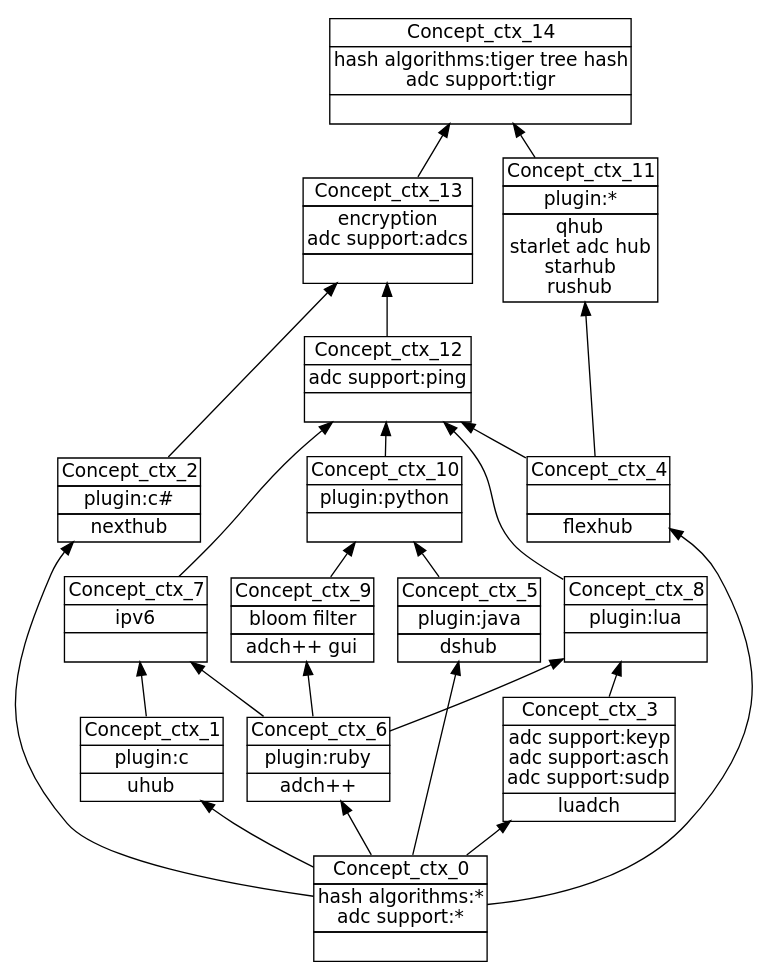
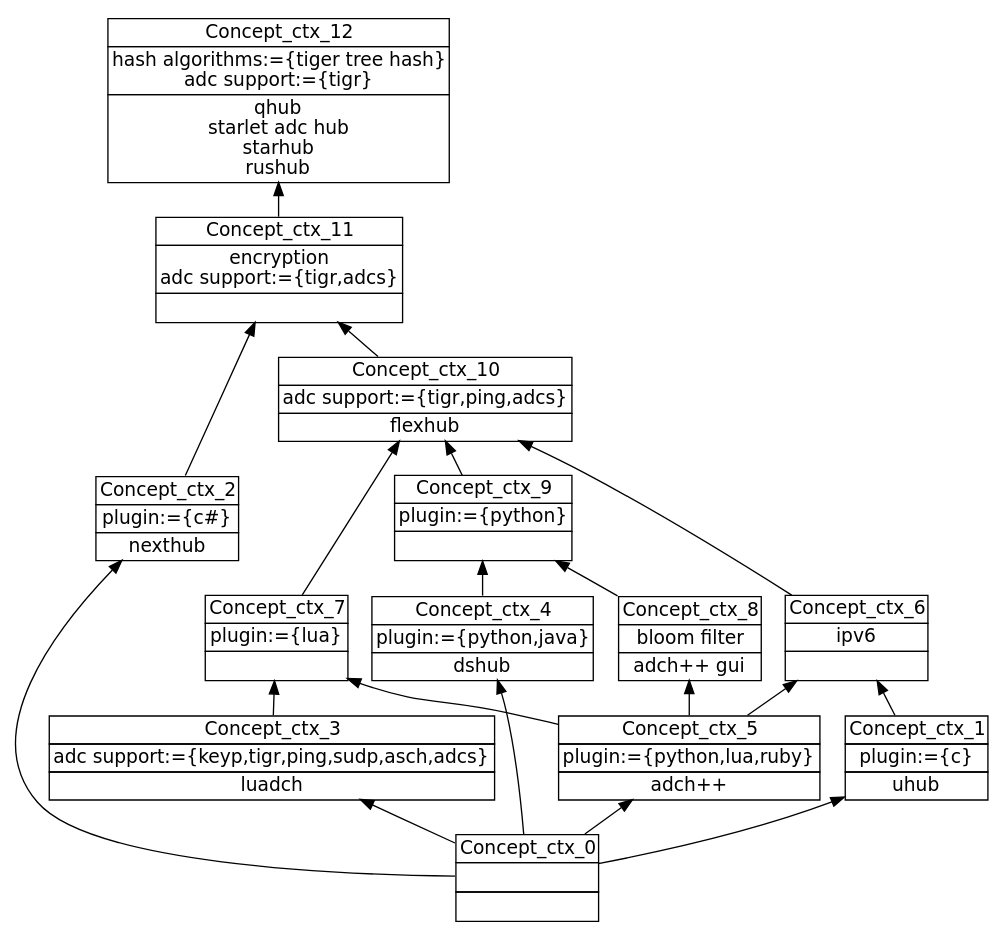
Before and after one commit to jcarbonnel/CLEF: the diagram in CLEF/data/Comparison_of_ADC_software_3/FCA/step0-0.dot, drawn with Graphviz. The commit also changed 803 other files, not shown here.

```diff
--- a/CLEF/data/Comparison_of_ADC_software_3/FCA/step0-0.dot
+++ b/CLEF/data/Comparison_of_ADC_software_3/FCA/step0-0.dot
@@ -1,45 +1,39 @@
 digraph G { 
 	rankdir=BT;
 	margin=0;
 	node [margin="0.03,0.03",fontname="DejaVu Sans"];
 	ranksep=0.3;
 	nodesep=0.2;
-//graph[label="name:ctx,concept number:15,object number:11,attribute number:19"
-0 [shape=none,label=<<table border="0" cellborder="1" cellspacing="0" port="p"><tr><td>Concept_ctx_14</td></tr><tr><td>hash algorithms:tiger tree hash<br/>adc support:tigr<br/></td></tr><tr><td><br/></td></tr></table>>];
-1 [shape=none,label=<<table border="0" cellborder="1" cellspacing="0" port="p"><tr><td>Concept_ctx_13</td></tr><tr><td>encryption<br/>adc support:adcs<br/></td></tr><tr><td><br/></td></tr></table>>];
-2 [shape=none,label=<<table border="0" cellborder="1" cellspacing="0" port="p"><tr><td>Concept_ctx_7</td></tr><tr><td>ipv6<br/></td></tr><tr><td><br/></td></tr></table>>];
-3 [shape=none,label=<<table border="0" cellborder="1" cellspacing="0" port="p"><tr><td>Concept_ctx_6</td></tr><tr><td>plugin:ruby<br/></td></tr><tr><td>adch++<br/></td></tr></table>>];
-4 [shape=none,label=<<table border="0" cellborder="1" cellspacing="0" port="p"><tr><td>Concept_ctx_9</td></tr><tr><td>bloom filter<br/></td></tr><tr><td>adch++ gui<br/></td></tr></table>>];
-5 [shape=none,label=<<table border="0" cellborder="1" cellspacing="0" port="p"><tr><td>Concept_ctx_8</td></tr><tr><td>plugin:lua<br/></td></tr><tr><td><br/></td></tr></table>>];
-6 [shape=none,label=<<table border="0" cellborder="1" cellspacing="0" port="p"><tr><td>Concept_ctx_10</td></tr><tr><td>plugin:python<br/></td></tr><tr><td><br/></td></tr></table>>];
-7 [shape=none,label=<<table border="0" cellborder="1" cellspacing="0" port="p"><tr><td>Concept_ctx_0</td></tr><tr><td>hash algorithms:*<br/>adc support:*<br/></td></tr><tr><td><br/></td></tr></table>>];
-8 [shape=none,label=<<table border="0" cellborder="1" cellspacing="0" port="p"><tr><td>Concept_ctx_5</td></tr><tr><td>plugin:java<br/></td></tr><tr><td>dshub<br/></td></tr></table>>];
-9 [shape=none,label=<<table border="0" cellborder="1" cellspacing="0" port="p"><tr><td>Concept_ctx_4</td></tr><tr><td><br/></td></tr><tr><td>flexhub<br/></td></tr></table>>];
-10 [shape=none,label=<<table border="0" cellborder="1" cellspacing="0" port="p"><tr><td>Concept_ctx_11</td></tr><tr><td>plugin:*<br/></td></tr><tr><td>qhub<br/>starlet adc hub<br/>starhub<br/>rushub<br/></td></tr></table>>];
-11 [shape=none,label=<<table border="0" cellborder="1" cellspacing="0" port="p"><tr><td>Concept_ctx_2</td></tr><tr><td>plugin:c#<br/></td></tr><tr><td>nexthub<br/></td></tr></table>>];
-12 [shape=none,label=<<table border="0" cellborder="1" cellspacing="0" port="p"><tr><td>Concept_ctx_1</td></tr><tr><td>plugin:c<br/></td></tr><tr><td>uhub<br/></td></tr></table>>];
-13 [shape=none,label=<<table border="0" cellborder="1" cellspacing="0" port="p"><tr><td>Concept_ctx_12</td></tr><tr><td>adc support:ping<br/></td></tr><tr><td><br/></td></tr></table>>];
-14 [shape=none,label=<<table border="0" cellborder="1" cellspacing="0" port="p"><tr><td>Concept_ctx_3</td></tr><tr><td>adc support:keyp<br/>adc support:asch<br/>adc support:sudp<br/></td></tr><tr><td>luadch<br/></td></tr></table>>];
+//graph[label="name:ctx,concept number:13,object number:11,attribute number:14"
+0 [shape=none,label=<<table border="0" cellborder="1" cellspacing="0" port="p"><tr><td>Concept_ctx_12</td></tr><tr><td>hash algorithms:={tiger tree hash}<br/>adc support:={tigr}<br/></td></tr><tr><td>qhub<br/>starlet adc hub<br/>starhub<br/>rushub<br/></td></tr></table>>];
+1 [shape=none,label=<<table border="0" cellborder="1" cellspacing="0" port="p"><tr><td>Concept_ctx_11</td></tr><tr><td>encryption<br/>adc support:={tigr,adcs}<br/></td></tr><tr><td><br/></td></tr></table>>];
+2 [shape=none,label=<<table border="0" cellborder="1" cellspacing="0" port="p"><tr><td>Concept_ctx_6</td></tr><tr><td>ipv6<br/></td></tr><tr><td><br/></td></tr></table>>];
+3 [shape=none,label=<<table border="0" cellborder="1" cellspacing="0" port="p"><tr><td>Concept_ctx_0</td></tr><tr><td><br/></td></tr><tr><td><br/></td></tr></table>>];
+4 [shape=none,label=<<table border="0" cellborder="1" cellspacing="0" port="p"><tr><td>Concept_ctx_2</td></tr><tr><td>plugin:={c#}<br/></td></tr><tr><td>nexthub<br/></td></tr></table>>];
+5 [shape=none,label=<<table border="0" cellborder="1" cellspacing="0" port="p"><tr><td>Concept_ctx_5</td></tr><tr><td>plugin:={python,lua,ruby}<br/></td></tr><tr><td>adch++<br/></td></tr></table>>];
+6 [shape=none,label=<<table border="0" cellborder="1" cellspacing="0" port="p"><tr><td>Concept_ctx_9</td></tr><tr><td>plugin:={python}<br/></td></tr><tr><td><br/></td></tr></table>>];
+7 [shape=none,label=<<table border="0" cellborder="1" cellspacing="0" port="p"><tr><td>Concept_ctx_1</td></tr><tr><td>plugin:={c}<br/></td></tr><tr><td>uhub<br/></td></tr></table>>];
+8 [shape=none,label=<<table border="0" cellborder="1" cellspacing="0" port="p"><tr><td>Concept_ctx_7</td></tr><tr><td>plugin:={lua}<br/></td></tr><tr><td><br/></td></tr></table>>];
+9 [shape=none,label=<<table border="0" cellborder="1" cellspacing="0" port="p"><tr><td>Concept_ctx_4</td></tr><tr><td>plugin:={python,java}<br/></td></tr><tr><td>dshub<br/></td></tr></table>>];
+10 [shape=none,label=<<table border="0" cellborder="1" cellspacing="0" port="p"><tr><td>Concept_ctx_8</td></tr><tr><td>bloom filter<br/></td></tr><tr><td>adch++ gui<br/></td></tr></table>>];
+11 [shape=none,label=<<table border="0" cellborder="1" cellspacing="0" port="p"><tr><td>Concept_ctx_10</td></tr><tr><td>adc support:={tigr,ping,adcs}<br/></td></tr><tr><td>flexhub<br/></td></tr></table>>];
+12 [shape=none,label=<<table border="0" cellborder="1" cellspacing="0" port="p"><tr><td>Concept_ctx_3</td></tr><tr><td>adc support:={keyp,tigr,ping,sudp,asch,adcs}<br/></td></tr><tr><td>luadch<br/></td></tr></table>>];
 	1:p -> 0:p
-	10:p -> 0:p
+	4:p -> 1:p
 	11:p -> 1:p
-	13:p -> 1:p
-	3:p -> 2:p
-	12:p -> 2:p
-	7:p -> 3:p
+	5:p -> 2:p
+	7:p -> 2:p
 	3:p -> 4:p
 	3:p -> 5:p
-	14:p -> 5:p
-	4:p -> 6:p
-	8:p -> 6:p
-	7:p -> 8:p
-	7:p -> 9:p
-	9:p -> 10:p
-	7:p -> 11:p
-	7:p -> 12:p
-	9:p -> 13:p
-	2:p -> 13:p
-	5:p -> 13:p
-	6:p -> 13:p
-	7:p -> 14:p
+	10:p -> 6:p
+	9:p -> 6:p
+	3:p -> 7:p
+	5:p -> 8:p
+	12:p -> 8:p
+	3:p -> 9:p
+	5:p -> 10:p
+	2:p -> 11:p
+	8:p -> 11:p
+	6:p -> 11:p
+	3:p -> 12:p
 }
```
